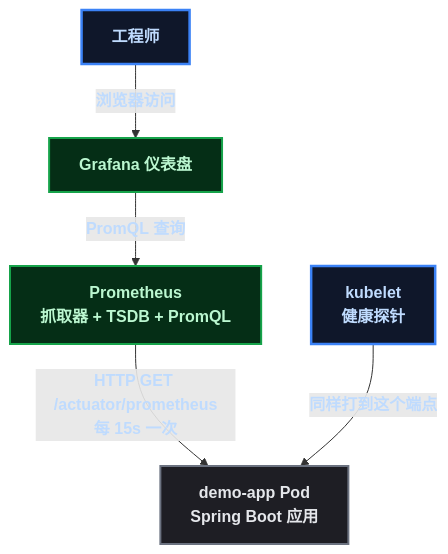
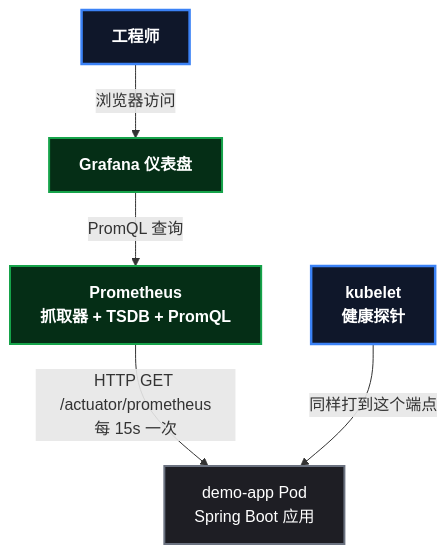
Before and after one commit to yaocat55/yaocat55.github.io: the first of 3 diagrams in content/posts/kubernetes/K8sObservabilityPractice.md, drawn with Mermaid. The commit also changed other lines of this file and 27 other files, not shown here.

Commit message:
docs: 全系列 93 张 Mermaid 图 classDef 改为 style 强制深底白字(修复部分渲染器白底浅字)+历史文件格式清理

````diff
--- a/content/posts/kubernetes/K8sObservabilityPractice.md
+++ b/content/posts/kubernetes/K8sObservabilityPractice.md
@@ -90,22 +90,20 @@
 ```mermaid
 %% 观察回路: 应用暴露指标 -> Prometheus 拉取 -> Grafana 可视化
 flowchart TD
-    classDef root fill:#0f172a,stroke:#3b82f6,stroke-width:2.5px,color:#bfdbfe,font-weight:bold;
-    classDef process fill:#1e1e24,stroke:#6b7280,stroke-width:2px,color:#e5e7eb;
-    classDef data fill:#052e16,stroke:#16a34a,stroke-width:2px,color:#bbf7d0,font-weight:bold;
 
     APP["demo-app Pod\nSpring Boot 应用"]
     PROM["Prometheus\n抓取器 + TSDB + PromQL"]
     GRA["Grafana 仪表盘"]
     KUBE["kubelet\n健康探针"]
     USER["工程师"]
 
     PROM -->|"HTTP GET /actuator/prometheus\n每 15s 一次"| APP
     GRA -->|"PromQL 查询"| PROM
     USER -->|"浏览器访问"| GRA
     KUBE -->|"同样打到这个端点"| APP
-
-    class APP process;
-    class PROM,GRA data;
-    class USER,KUBE root;
+    style APP fill:#1e1e24,stroke:#6b7280,stroke-width:2px,color:#ffffff
+    style PROM fill:#052e16,stroke:#16a34a,stroke-width:2px,color:#ffffff,font-weight:bold
+    style GRA fill:#052e16,stroke:#16a34a,stroke-width:2px,color:#ffffff,font-weight:bold
+    style USER fill:#0f172a,stroke:#3b82f6,stroke-width:2.5px,color:#ffffff,font-weight:bold
+    style KUBE fill:#0f172a,stroke:#3b82f6,stroke-width:2.5px,color:#ffffff,font-weight:bold
 ```
````
